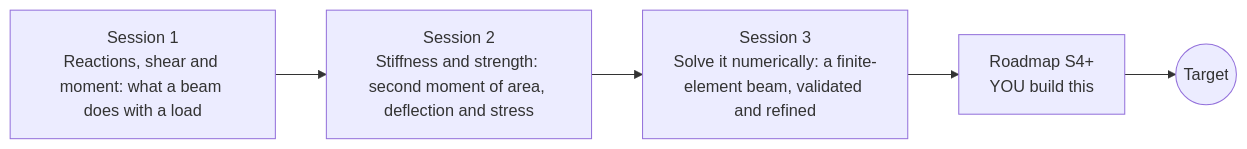
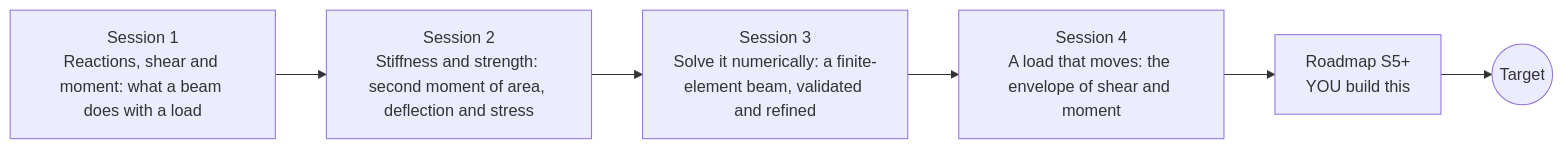
Before and after one commit to KrunalPanchal1995/openbeam: the diagram in README.md, drawn with Mermaid. The commit also changed other lines of this file and 18 other files, not shown here.

First line of the commit message:
Session 4: a load that moves, the envelope of shear and moment

````diff
--- a/README.md
+++ b/README.md
@@ -87,9 +88,10 @@
 ```mermaid
 flowchart LR
   S1[Session 1<br/>Reactions, shear and moment: what a beam does with a load]
   S2[Session 2<br/>Stiffness and strength: second moment of area, deflection and stress]
   S3[Session 3<br/>Solve it numerically: a finite-element beam, validated and refined]
-  R[Roadmap S4+<br/>YOU build this]
+  S4[Session 4<br/>A load that moves: the envelope of shear and moment]
+  R[Roadmap S5+<br/>YOU build this]
   T((Target))
-  S1 --> S2 --> S3 --> R --> T
+  S1 --> S2 --> S3 --> S4 --> R --> T
 ```
````
